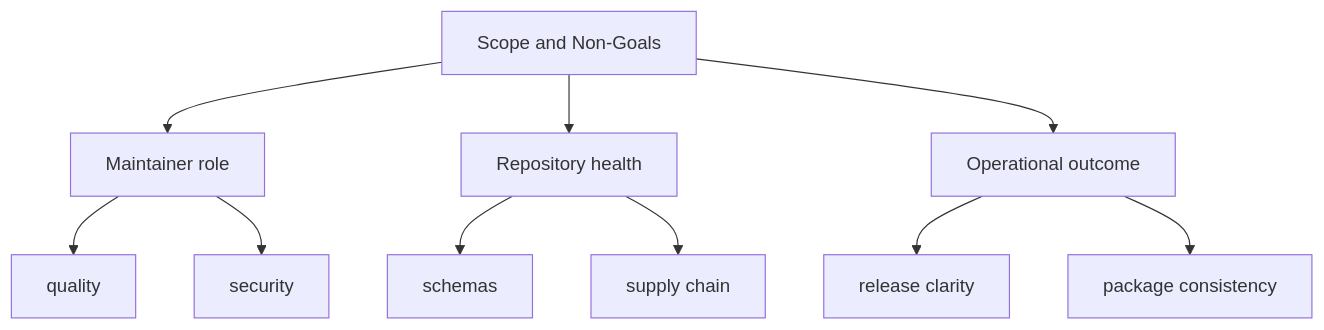
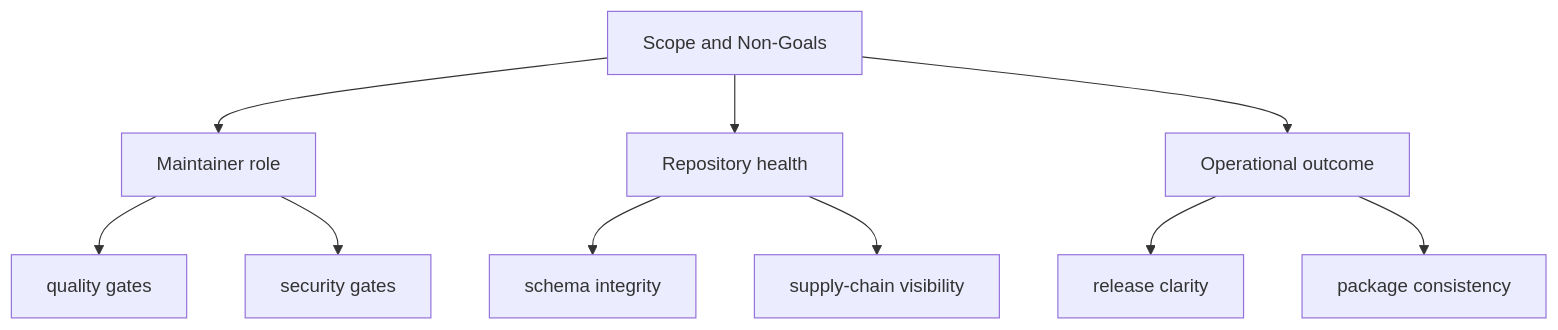
The second of 2 diagrams in docs/bijux-canon-dev/scope-and-non-goals.md (bijux/bijux-canon), drawn with Mermaid before and after one commit. The commit also changed other lines of this file and 20 other files, not shown here.

````diff
--- a/docs/bijux-canon-dev/scope-and-non-goals.md
+++ b/docs/bijux-canon-dev/scope-and-non-goals.md
@@ -30,22 +34,22 @@
 ```mermaid
 flowchart TD
     page["Scope and Non-Goals"]
     focus1["Maintainer role"]
     page --> focus1
-    focus1_1["quality"]
+    focus1_1["quality gates"]
     focus1 --> focus1_1
-    focus1_2["security"]
+    focus1_2["security gates"]
     focus1 --> focus1_2
     focus2["Repository health"]
     page --> focus2
-    focus2_1["schemas"]
+    focus2_1["schema integrity"]
     focus2 --> focus2_1
-    focus2_2["supply chain"]
+    focus2_2["supply-chain visibility"]
     focus2 --> focus2_2
     focus3["Operational outcome"]
     page --> focus3
     focus3_1["release clarity"]
     focus3 --> focus3_1
     focus3_2["package consistency"]
     focus3 --> focus3_2
 ```
````
